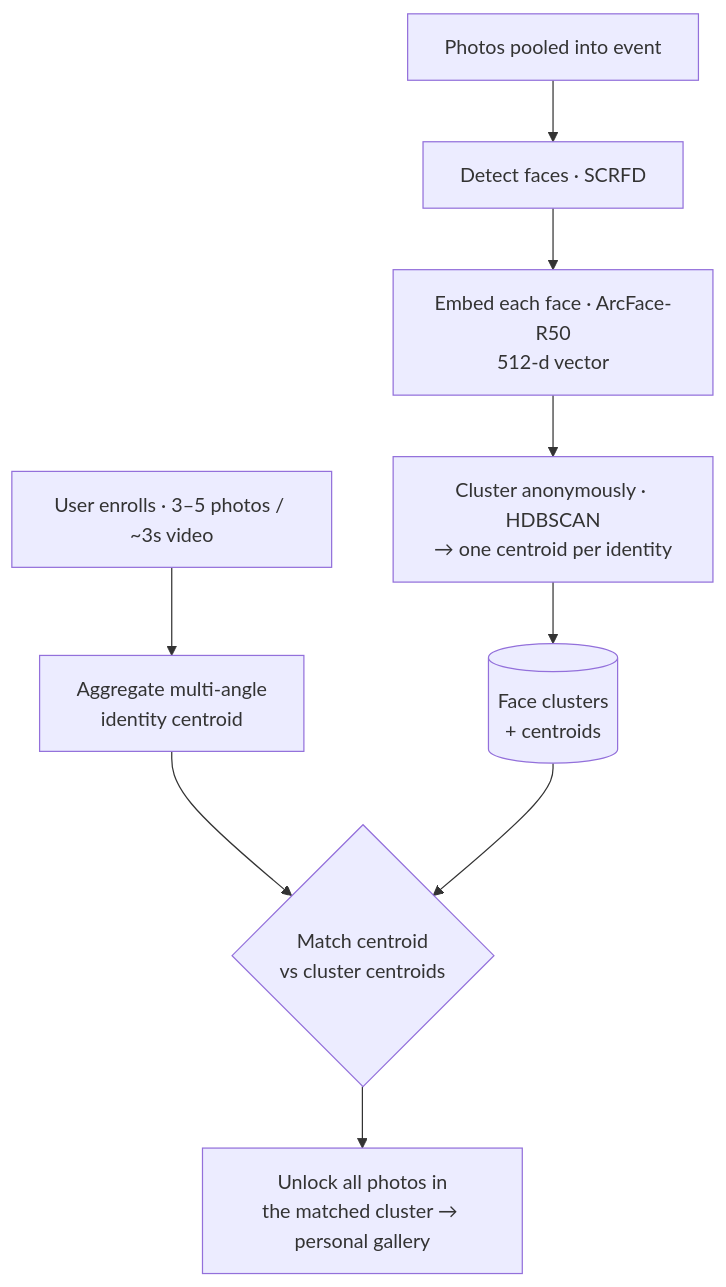
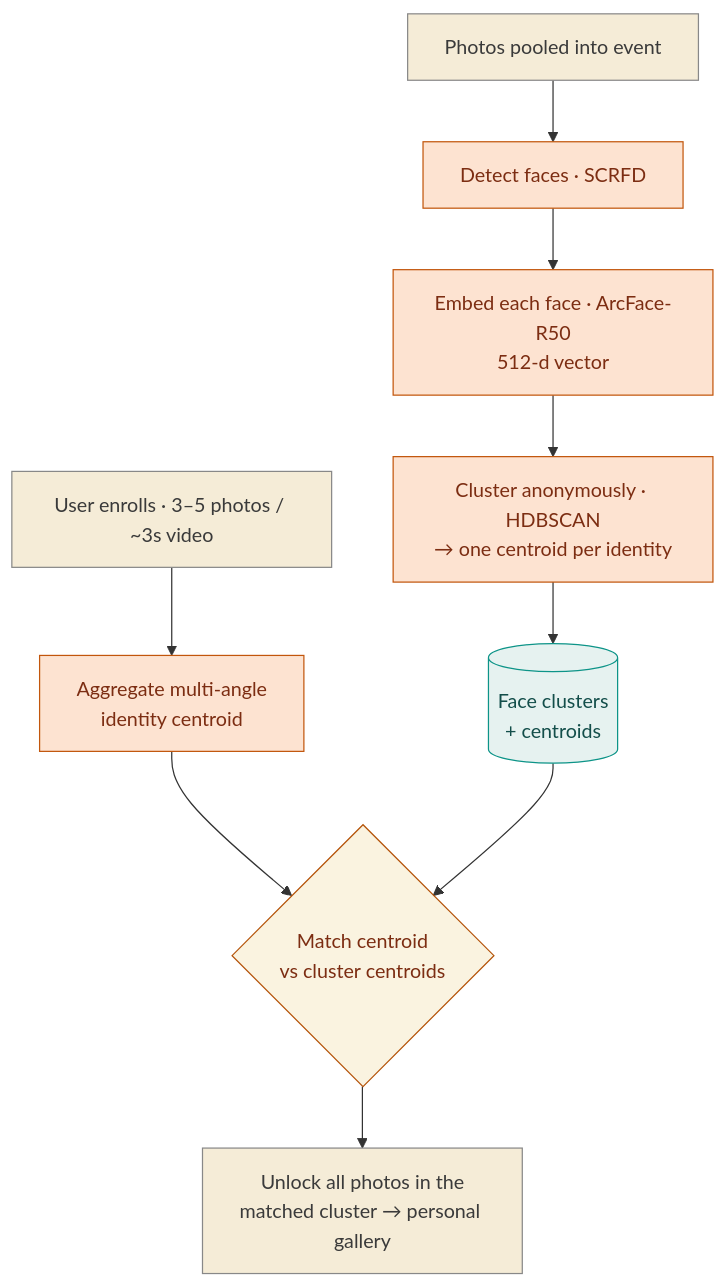
The second of 3 diagrams in profile/README.md (La2etha/.github), drawn with Mermaid before and after one commit. The commit also changed other lines of this file, not shown here.

````diff
--- a/profile/README.md
+++ b/profile/README.md
@@ -64,12 +97,17 @@
 ```mermaid
 flowchart TD
-    U[Photos pooled into event] --> D[Detect faces · SCRFD]
-    D --> E[Embed each face · ArcFace-R50<br/>512-d vector]
-    E --> C[Cluster anonymously · HDBSCAN<br/>→ one centroid per identity]
-    C --> DBc[(Face clusters<br/>+ centroids)]
+    U[Photos pooled into event]:::pill --> D[Detect faces · SCRFD]:::core
+    D --> E[Embed each face · ArcFace-R50<br/>512-d vector]:::core
+    E --> C[Cluster anonymously · HDBSCAN<br/>→ one centroid per identity]:::core
+    C --> DBc[(Face clusters<br/>+ centroids)]:::data
 
-    EN[User enrolls · 3–5 photos / ~3s video] --> AGG[Aggregate multi-angle<br/>identity centroid]
-    AGG --> MATCH{Match centroid<br/>vs cluster centroids}
+    EN[User enrolls · 3–5 photos / ~3s video]:::pill --> AGG[Aggregate multi-angle<br/>identity centroid]:::core
+    AGG --> MATCH{Match centroid<br/>vs cluster centroids}:::io
     DBc --> MATCH
-    MATCH --> G[Unlock all photos in<br/>the matched cluster → personal gallery]
+    MATCH --> G[Unlock all photos in the<br/>matched cluster → personal gallery]:::pill
+
+    classDef pill fill:#f5ecd7,stroke:#888,color:#3a3a3a
+    classDef data fill:#e6f2f0,stroke:#0d9488,color:#134e4a
+    classDef io fill:#faf3e0,stroke:#b45309,color:#7c2d12
+    classDef core fill:#fde3d1,stroke:#c2560c,color:#7c2d12
 ```
````
